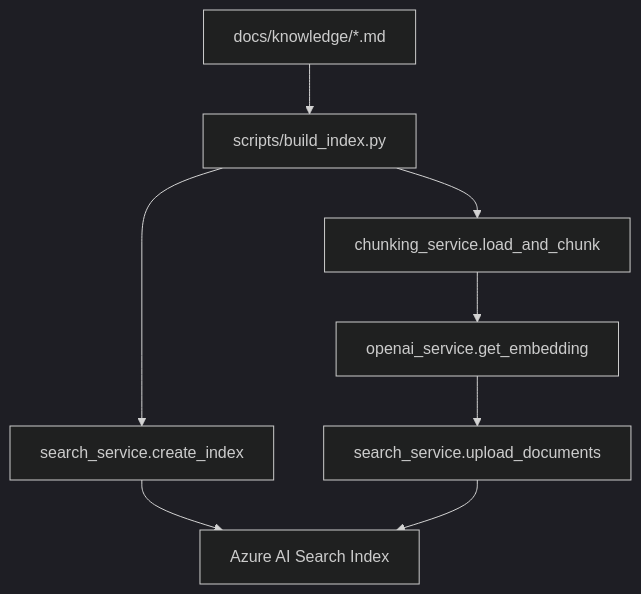
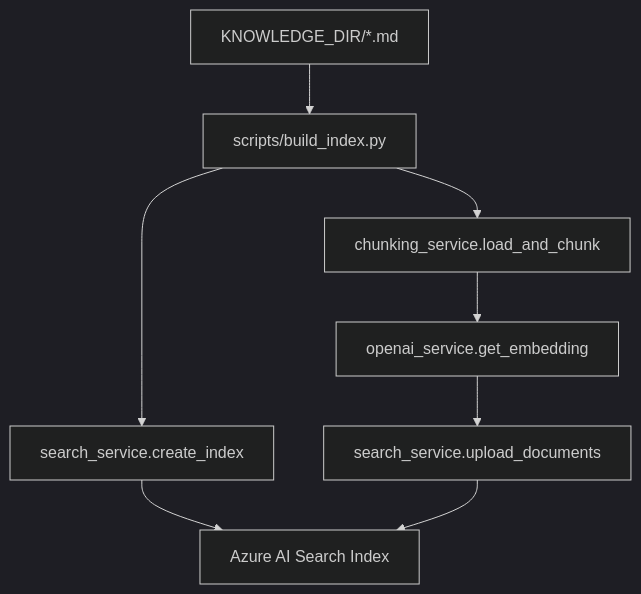
The third of 3 diagrams in docs/current-system-architecture.md (ghw307261305/azure-rag-knowledge-bot), drawn with Mermaid (dark theme) before and after one commit. The commit also changed other lines of this file and 75 other files, not shown here.

````diff
--- a/docs/current-system-architecture.md
+++ b/docs/current-system-architecture.md
@@ -176,18 +205,18 @@
 ```mermaid
 flowchart TD
-    md[docs/knowledge/*.md]
+    md[KNOWLEDGE_DIR/*.md]
     script[scripts/build_index.py]
     chunk[chunking_service.load_and_chunk]
     embed[openai_service.get_embedding]
     idx[search_service.create_index]
     upload[search_service.upload_documents]
     ai[Azure AI Search Index]
 
     md --> script
     script --> idx
     script --> chunk
     chunk --> embed
     embed --> upload
     idx --> ai
     upload --> ai
 ```
````
